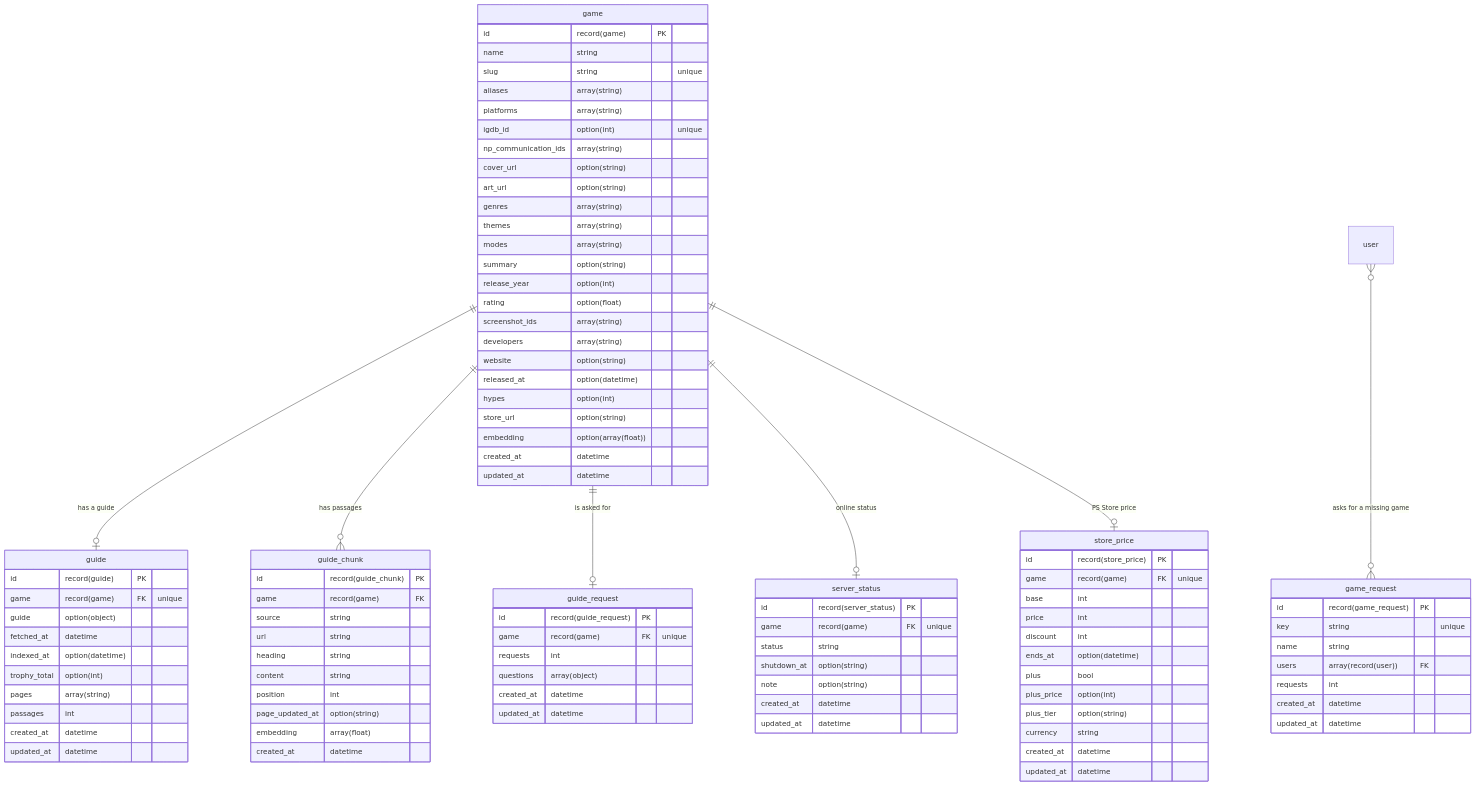
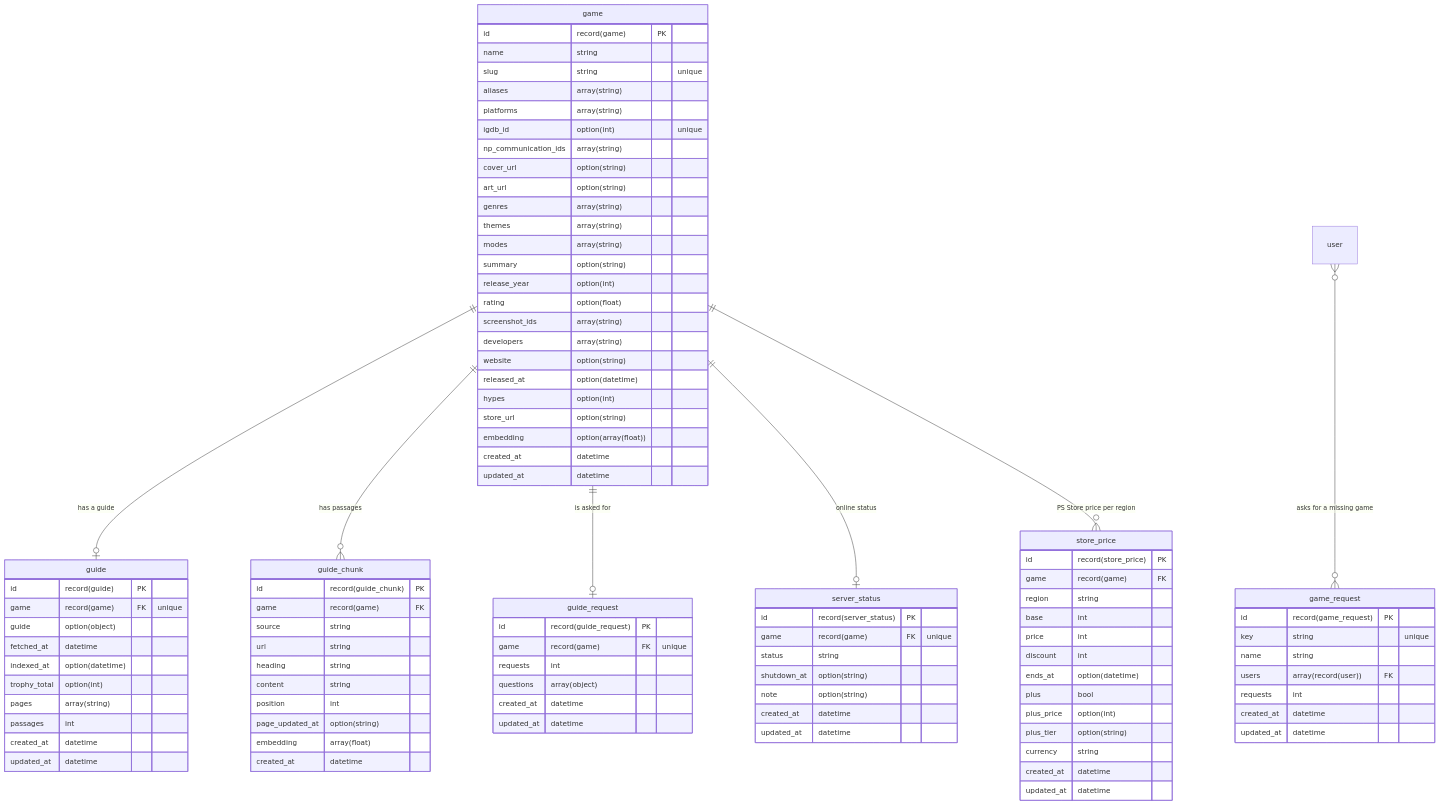
Before and after one commit to renatoaug/platjourney: the fourth of 5 diagrams in docs/database.md, drawn with Mermaid. The commit also changed other lines of this file and 4 other files, not shown here.

First line of the commit message:
chore(db): store prices per region, and plain IF NOT EXISTS definitions

```diff
--- a/docs/database.md
+++ b/docs/database.md
@@ -213,7 +213,7 @@
     game ||--o{ guide_chunk : "has passages"
     game ||--o| guide_request : "is asked for"
     game ||--o| server_status : "online status"
-    game ||--o| store_price : "PS Store price"
+    game ||--o{ store_price : "PS Store price per region"
     user }o--o{ game_request : "asks for a missing game"
     game {
         id record(game) PK
@@ -284,7 +284,8 @@
     }
     store_price {
         id record(store_price) PK
-        game record(game) FK "unique"
+        game record(game) FK
+        region string
         base int
         price int
         discount int
```
